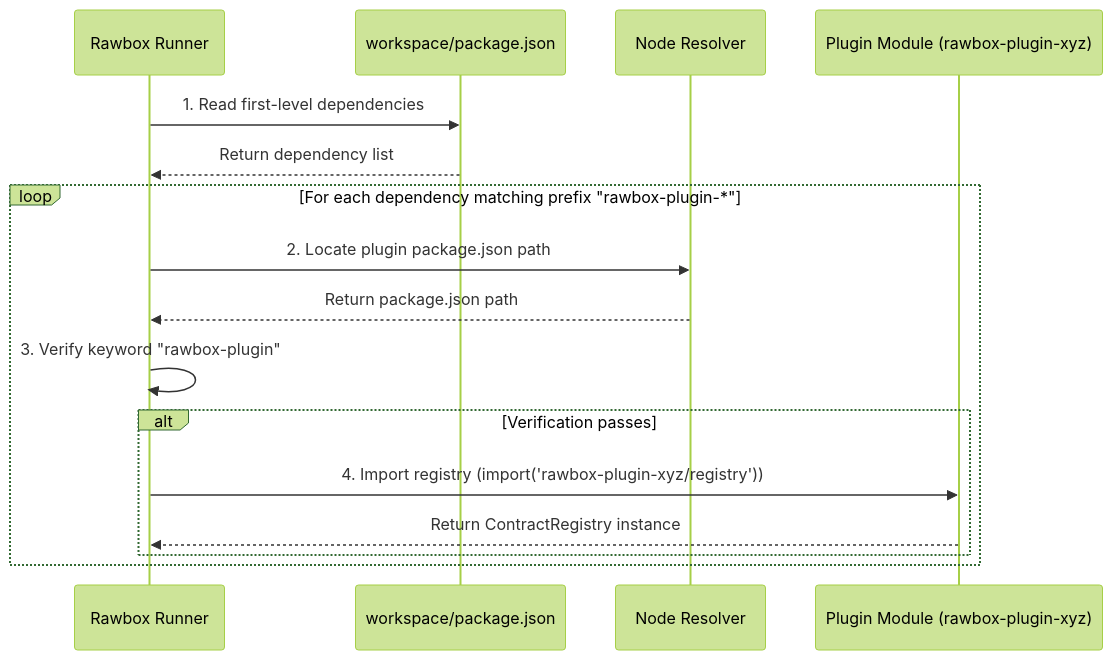
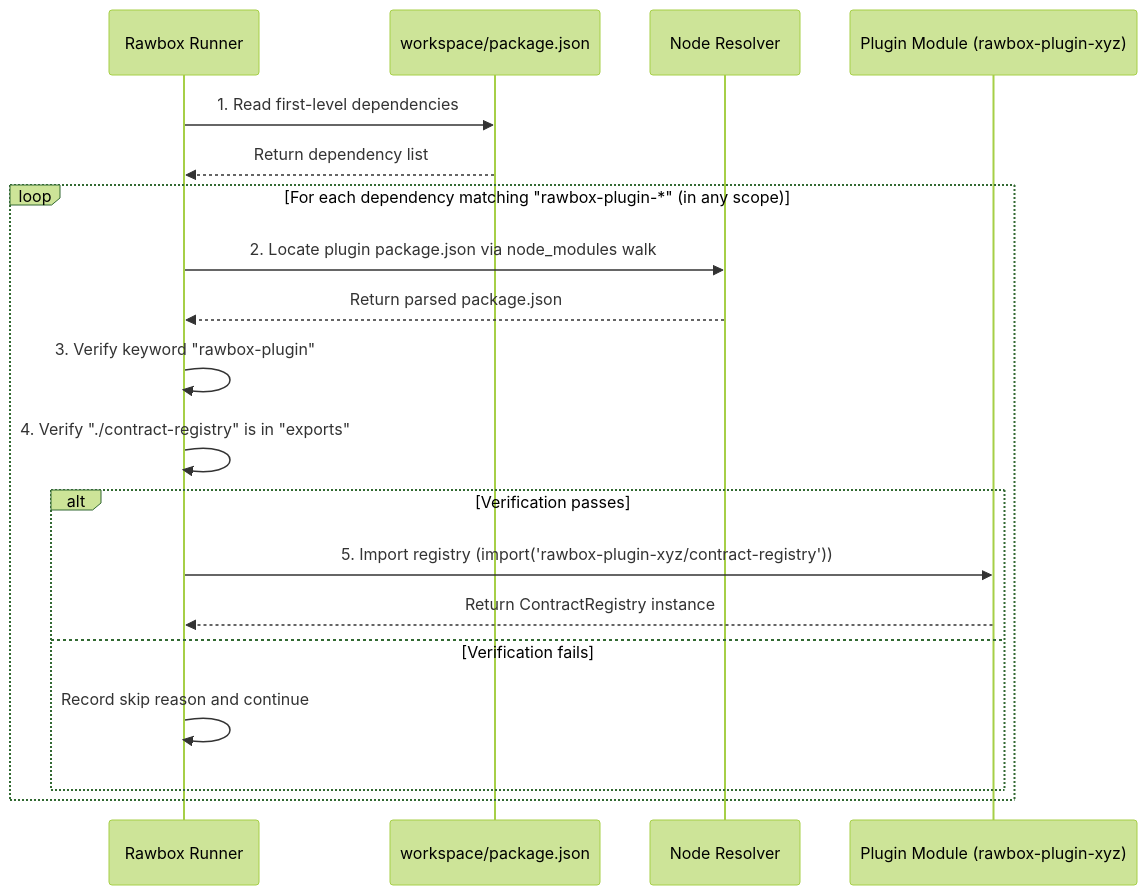
Before and after one commit to Chavithra/rawbox-workspace: the diagram in packages/rawbox-plugin/README.md, drawn with Mermaid (forest theme). The commit also changed other lines of this file and 37 other files, not shown here.

Commit message:
rawbox-plugin

````diff
--- a/packages/rawbox-plugin/README.md
+++ b/packages/rawbox-plugin/README.md
@@ -235,20 +432,23 @@
 ```mermaid
 sequenceDiagram
     participant Runner as Rawbox Runner
     participant PJSON as workspace/package.json
     participant Resolver as Node Resolver
     participant Plugin as Plugin Module (rawbox-plugin-xyz)
 
     Runner->>PJSON: 1. Read first-level dependencies
     PJSON-->>Runner: Return dependency list
 
-    loop For each dependency matching prefix "rawbox-plugin-*"
-        Runner->>Resolver: 2. Locate plugin package.json path
-        Resolver-->>Runner: Return package.json path
+    loop For each dependency matching "rawbox-plugin-*" (in any scope)
+        Runner->>Resolver: 2. Locate plugin package.json via node_modules walk
+        Resolver-->>Runner: Return parsed package.json
         Runner->>Runner: 3. Verify keyword "rawbox-plugin"
+        Runner->>Runner: 4. Verify "./contract-registry" is in "exports"
         alt Verification passes
-            Runner->>Plugin: 4. Import registry (import('rawbox-plugin-xyz/registry'))
+            Runner->>Plugin: 5. Import registry (import('rawbox-plugin-xyz/contract-registry'))
             Plugin-->>Runner: Return ContractRegistry instance
+        else Verification fails
+            Runner->>Runner: Record skip reason and continue
         end
     end
 ```
````
